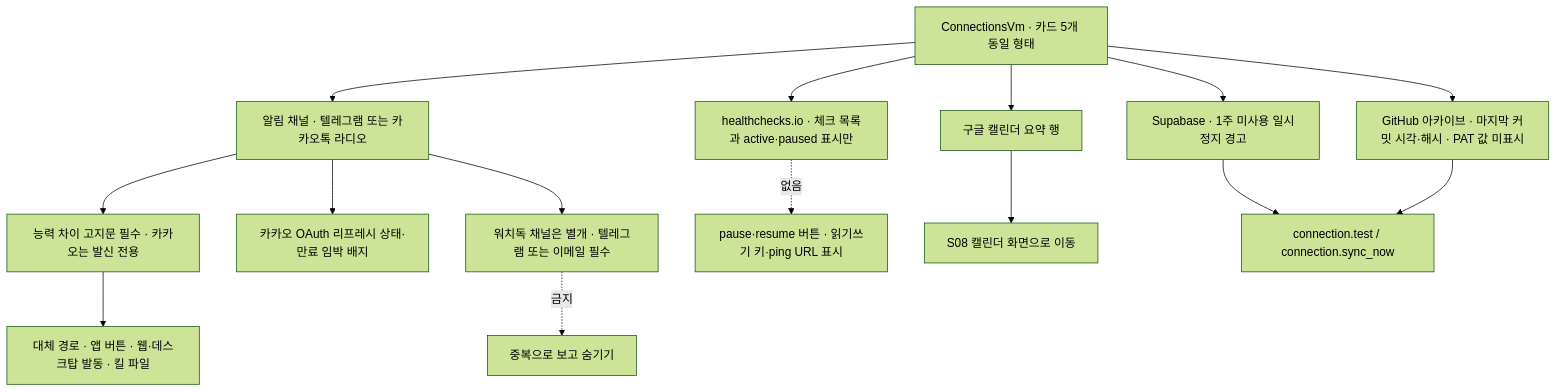
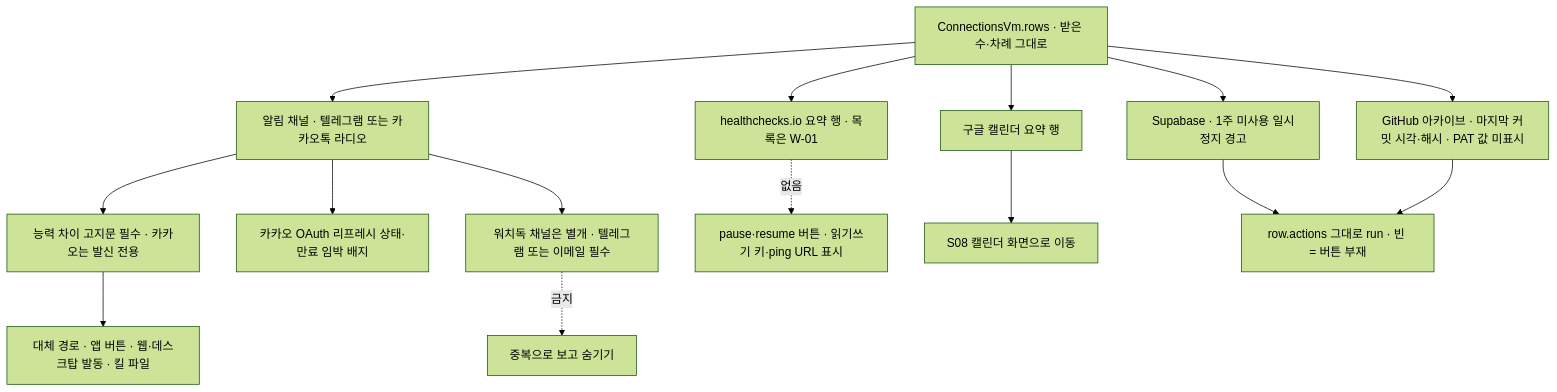
Diagram 16 of 24 in docs/ai-context/05_화면명세_M9_설정_관리자.md (billybeom/AutoAlphaQuant), drawn with Mermaid (forest theme) before and after one commit. The commit also changed other lines of this file and 9 other files, not shown here.

````diff
--- a/docs/ai-context/05_화면명세_M9_설정_관리자.md
+++ b/docs/ai-context/05_화면명세_M9_설정_관리자.md
@@ -636,17 +643,17 @@
 ```mermaid
 flowchart TD
-  VM["ConnectionsVm · 카드 5개 동일 형태"] --> C1["Supabase · 1주 미사용 일시정지 경고"]
+  VM["ConnectionsVm.rows · 받은 수·차례 그대로"] --> C1["Supabase · 1주 미사용 일시정지 경고"]
   VM --> C2["GitHub 아카이브 · 마지막 커밋 시각·해시 · PAT 값 미표시"]
   VM --> C3["알림 채널 · 텔레그램 또는 카카오톡 라디오"]
-  VM --> C4["healthchecks.io · 체크 목록과 active·paused 표시만"]
+  VM --> C4["healthchecks.io 요약 행 · 목록은 W-01"]
   VM --> C5["구글 캘린더 요약 행"]
   C3 --> CAP["능력 차이 고지문 필수 · 카카오는 발신 전용"]
   CAP --> ALT["대체 경로 · 앱 버튼 · 웹·데스크탑 발동 · 킬 파일"]
   C3 --> TOK["카카오 OAuth 리프레시 상태·만료 임박 배지"]
   C3 --> WD["워치독 채널은 별개 · 텔레그램 또는 이메일 필수"]
   WD -.->|"금지"| DUP["중복으로 보고 숨기기"]
   C4 -.->|"없음"| BTN["pause·resume 버튼 · 읽기쓰기 키·ping URL 표시"]
   C5 --> S08["S08 캘린더 화면으로 이동"]
-  C1 --> ACT["connection.test / connection.sync_now"]
+  C1 --> ACT["row.actions 그대로 run · 빈 = 버튼 부재"]
   C2 --> ACT
 ```
````
